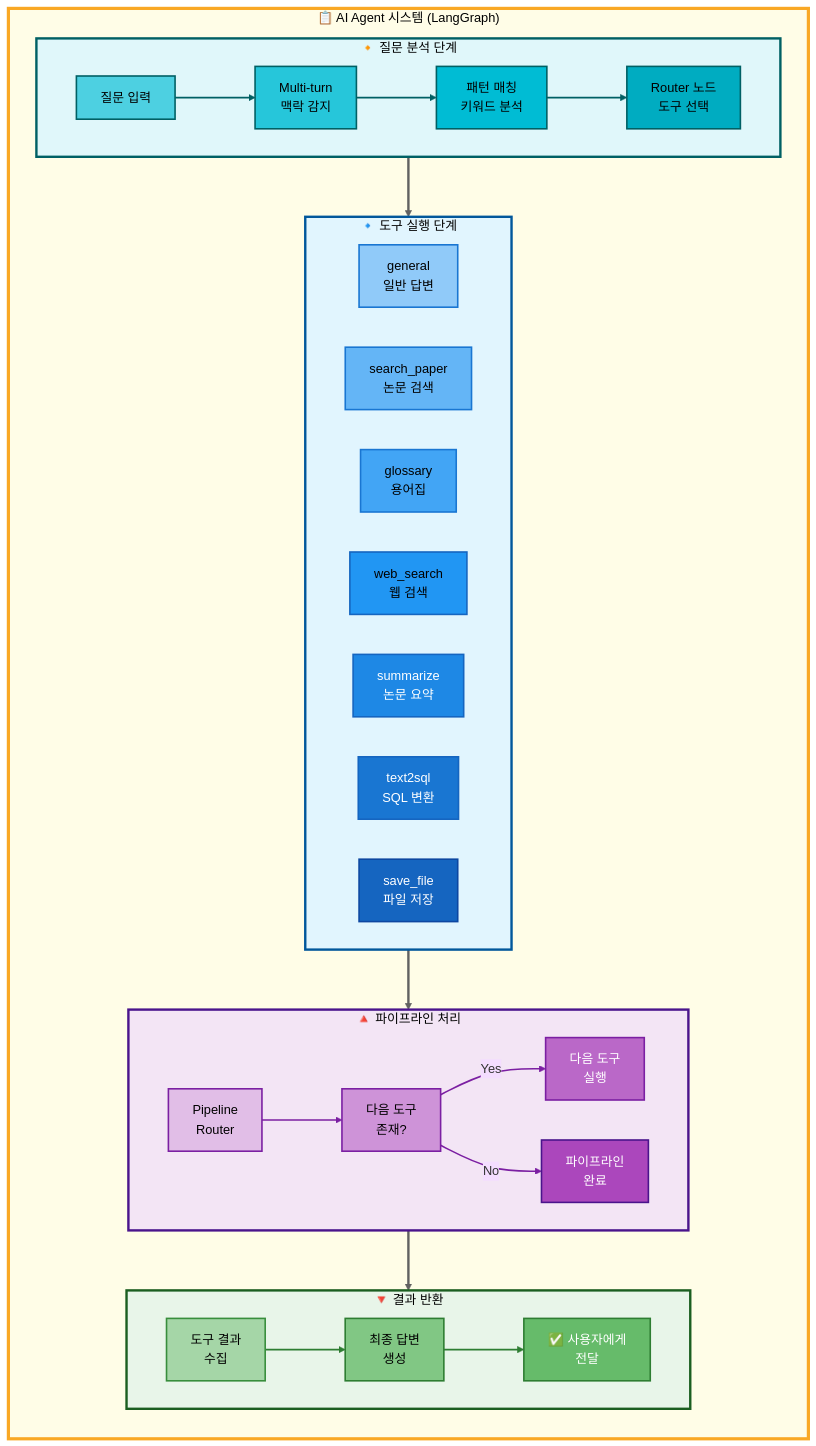
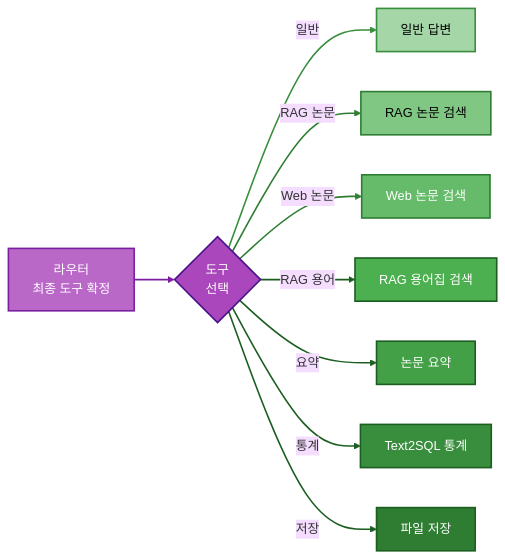
One commit to AIBootcamp14/langchainproject-new-langchainproject_5 changed the third of 4 diagrams in README.md. Above: the diagram before and after it, drawn with Mermaid (base theme).

Commit message:
docs: README Agent 아키텍처 다이어그램 단순화
- 복잡한 4단계 파이프라인 다이어그램을 단순 라우팅 다이어그램으로 교체
- docs/architecture/mermaid/01_전체_아키텍처.md의 AgentExec 부분 사용
- graph LR 형식으로 Router → 7개 도구 선택 흐름 표현
- 색상 스타일 유지 (보라색 라우터, 녹색 계열 도구)

````diff
--- a/README.md
+++ b/README.md
@@ -1008,90 +1008,33 @@
 ```mermaid
-graph TB
-    subgraph MainFlow["📋 AI Agent 시스템 (LangGraph)"]
-        direction TB
+graph LR
+    RouterNode[라우터<br/>최종 도구 확정] --> SelectTool{도구<br/>선택}
+    SelectTool -->|일반| GeneralNode[일반 답변]
+    SelectTool -->|RAG 논문| SearchNode[RAG 논문 검색]
+    SelectTool -->|Web 논문| WebNode[Web 논문 검색]
+    SelectTool -->|RAG 용어| GlossaryNode[RAG 용어집 검색]
+    SelectTool -->|요약| SummarizeNode[논문 요약]
+    SelectTool -->|통계| Text2SQLNode[Text2SQL 통계]
+    SelectTool -->|저장| SaveNode[파일 저장]
 
-        subgraph Stage1["🔸 질문 분석 단계"]
-            direction LR
-            A1[질문 입력] --> A2[Multi-turn<br/>맥락 감지]
-            A2 --> A3[패턴 매칭<br/>키워드 분석]
-            A3 --> A4[Router 노드<br/>도구 선택]
-        end
+    %% 노드 스타일
+    style RouterNode fill:#ba68c8,stroke:#7b1fa2,stroke-width:2px,color:#fff
+    style SelectTool fill:#ab47bc,stroke:#4a148c,stroke-width:2px,color:#fff
 
-        subgraph Stage2["🔹 도구 실행 단계"]
-            direction LR
-            B1[general<br/>일반 답변]
-            B2[search_paper<br/>논문 검색]
-            B3[glossary<br/>용어집]
-            B4[web_search<br/>웹 검색]
-            B5[summarize<br/>논문 요약]
-            B6[text2sql<br/>SQL 변환]
-            B7[save_file<br/>파일 저장]
-        end
-
-        subgraph Stage3["🔺 파이프라인 처리"]
-            direction LR
-            C1[Pipeline<br/>Router] --> C2[다음 도구<br/>존재?]
-            C2 -->|Yes| C3[다음 도구<br/>실행]
-            C2 -->|No| C4[파이프라인<br/>완료]
-        end
-
-        subgraph Stage4["🔻 결과 반환"]
-            direction LR
-            D1[도구 결과<br/>수집] --> D2[최종 답변<br/>생성]
-            D2 --> D3[✅ 사용자에게<br/>전달]
-        end
-
-        %% 단계 간 연결
-        Stage1 --> Stage2
-        Stage2 --> Stage3
-        Stage3 --> Stage4
-    end
-
-    %% MainFlow 스타일
-    style MainFlow fill:#fffde7,stroke:#f9a825,stroke-width:4px,color:#000
-
-    %% Subgraph 스타일
-    style Stage1 fill:#e0f7fa,stroke:#006064,stroke-width:3px,color:#000
-    style Stage2 fill:#e1f5fe,stroke:#01579b,stroke-width:3px,color:#000
-    style Stage3 fill:#f3e5f5,stroke:#4a148c,stroke-width:3px,color:#000
-    style Stage4 fill:#e8f5e9,stroke:#1b5e20,stroke-width:3px,color:#000
-
-    %% Stage1 노드 스타일 (청록 계열)
-    style A1 fill:#4dd0e1,stroke:#006064,stroke-width:2px,color:#000
-    style A2 fill:#26c6da,stroke:#006064,stroke-width:2px,color:#000
-    style A3 fill:#00bcd4,stroke:#006064,stroke-width:2px,color:#000
-    style A4 fill:#00acc1,stroke:#006064,stroke-width:2px,color:#000
-
-    %% Stage2 노드 스타일 (파랑 계열)
-    style B1 fill:#90caf9,stroke:#1976d2,stroke-width:2px,color:#000
-    style B2 fill:#64b5f6,stroke:#1976d2,stroke-width:2px,color:#000
-    style B3 fill:#42a5f5,stroke:#1976d2,stroke-width:2px,color:#000
-    style B4 fill:#2196f3,stroke:#1565c0,stroke-width:2px,color:#000
-    style B5 fill:#1e88e5,stroke:#1565c0,stroke-width:2px,color:#fff
-    style B6 fill:#1976d2,stroke:#1565c0,stroke-width:2px,color:#fff
-    style B7 fill:#1565c0,stroke:#0d47a1,stroke-width:2px,color:#fff
-
-    %% Stage3 노드 스타일 (보라 계열)
-    style C1 fill:#e1bee7,stroke:#7b1fa2,stroke-width:2px,color:#000
-    style C2 fill:#ce93d8,stroke:#7b1fa2,stroke-width:2px,color:#000
-    style C3 fill:#ba68c8,stroke:#7b1fa2,stroke-width:2px,color:#fff
-    style C4 fill:#ab47bc,stroke:#4a148c,stroke-width:2px,color:#fff
-
-    %% Stage4 노드 스타일 (녹색 계열)
-    style D1 fill:#a5d6a7,stroke:#388e3c,stroke-width:2px,color:#000
-    style D2 fill:#81c784,stroke:#2e7d32,stroke-width:2px,color:#000
-    style D3 fill:#66bb6a,stroke:#2e7d32,stroke-width:2px,color:#fff
+    style GeneralNode fill:#a5d6a7,stroke:#388e3c,stroke-width:2px,color:#000
+    style SearchNode fill:#81c784,stroke:#2e7d32,stroke-width:2px,color:#000
+    style WebNode fill:#66bb6a,stroke:#2e7d32,stroke-width:2px,color:#fff
+    style GlossaryNode fill:#4caf50,stroke:#1b5e20,stroke-width:2px,color:#fff
+    style SummarizeNode fill:#43a047,stroke:#1b5e20,stroke-width:2px,color:#fff
+    style Text2SQLNode fill:#388e3c,stroke:#1b5e20,stroke-width:2px,color:#fff
+    style SaveNode fill:#2e7d32,stroke:#1b5e20,stroke-width:2px,color:#fff
 
     %% 연결선 스타일
-    linkStyle 0 stroke:#006064,stroke-width:2px
-    linkStyle 1 stroke:#006064,stroke-width:2px
-    linkStyle 2 stroke:#006064,stroke-width:2px
-    linkStyle 3 stroke:#7b1fa2,stroke-width:2px
-    linkStyle 4 stroke:#7b1fa2,stroke-width:2px
-    linkStyle 5 stroke:#7b1fa2,stroke-width:2px
-    linkStyle 6 stroke:#2e7d32,stroke-width:2px
-    linkStyle 7 stroke:#2e7d32,stroke-width:2px
-    linkStyle 8 stroke:#616161,stroke-width:3px
-    linkStyle 9 stroke:#616161,stroke-width:3px
-    linkStyle 10 stroke:#616161,stroke-width:3px
+    linkStyle 0 stroke:#7b1fa2,stroke-width:2px
+    linkStyle 1 stroke:#388e3c,stroke-width:2px
+    linkStyle 2 stroke:#2e7d32,stroke-width:2px
+    linkStyle 3 stroke:#2e7d32,stroke-width:2px
+    linkStyle 4 stroke:#1b5e20,stroke-width:2px
+    linkStyle 5 stroke:#1b5e20,stroke-width:2px
+    linkStyle 6 stroke:#1b5e20,stroke-width:2px
+    linkStyle 7 stroke:#1b5e20,stroke-width:2px
 ```
````
